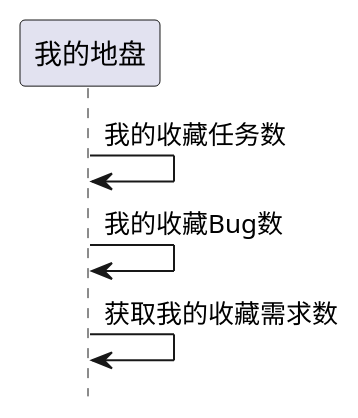
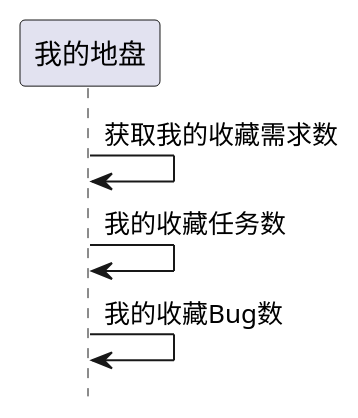
Before and after one commit to goblinln/iBizPMS: the second of 3 diagrams in ibizpms-docs/src/main/doc/v1/module/ibiz/IbzMyTerritory_old.md, drawn with PlantUML. The commit also changed other lines of this file and 230 other files, not shown here.

```diff
--- a/ibizpms-docs/src/main/doc/v1/module/ibiz/IbzMyTerritory_old.md
+++ b/ibizpms-docs/src/main/doc/v1/module/ibiz/IbzMyTerritory_old.md
@@ -172,7 +172,7 @@
 {% plantuml %}
 hide footbox
 
+我的地盘 -> 我的地盘: 获取我的收藏需求数
 我的地盘 -> 我的地盘: 我的收藏任务数
 我的地盘 -> 我的地盘: 我的收藏Bug数
-我的地盘 -> 我的地盘: 获取我的收藏需求数
 {% endplantuml %}
```
